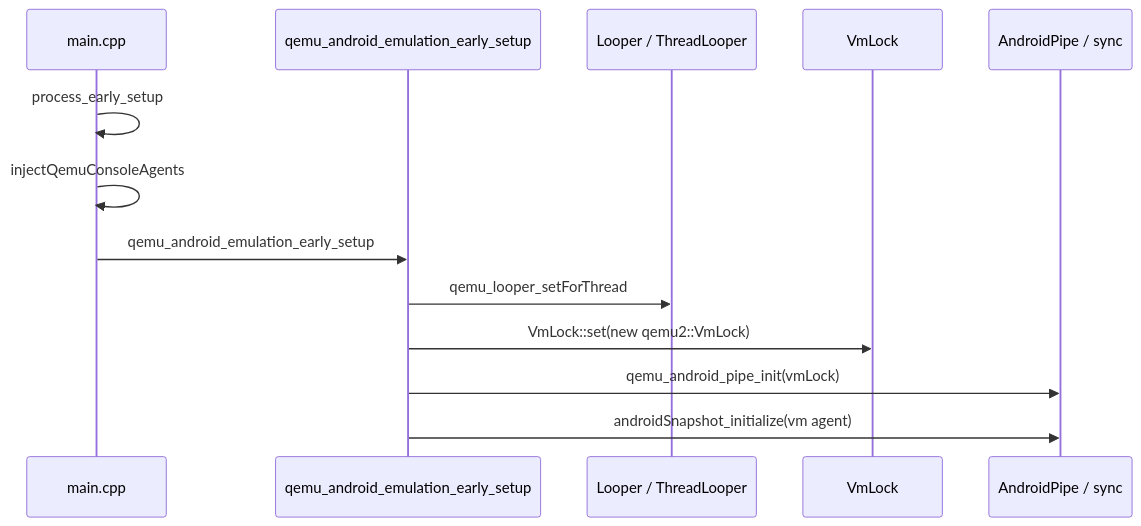
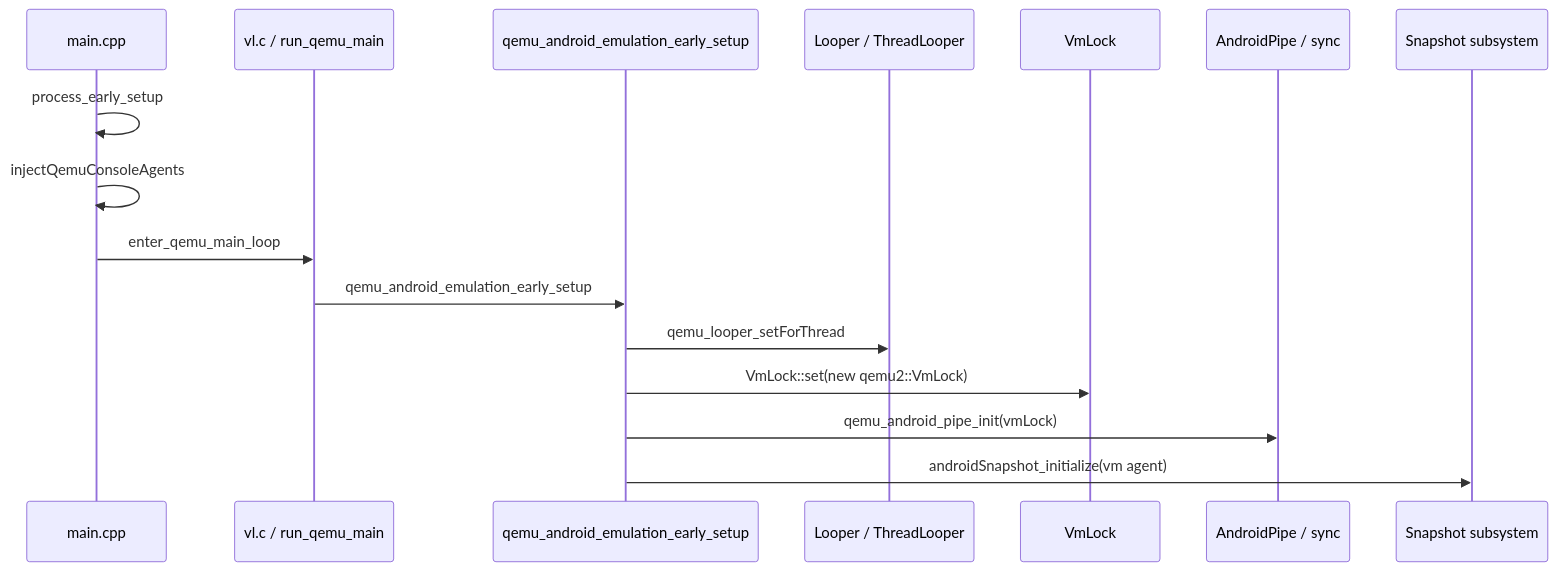
The sixth of 6 diagrams in 07-android-emu-architecture.md (aospbooks/android-emulator-internal-book), drawn with Mermaid before and after one commit. The commit also changed other lines of this file and 31 other files, not shown here.

````diff
--- a/07-android-emu-architecture.md
+++ b/07-android-emu-architecture.md
@@ -448,16 +448,19 @@
 ```mermaid
 sequenceDiagram
     participant Main as main.cpp
+    participant VL as vl.c / run_qemu_main
     participant Setup as qemu_android_emulation_early_setup
     participant TLoop as Looper / ThreadLooper
     participant Lock as VmLock
     participant Pipe as AndroidPipe / sync
+    participant Snap as Snapshot subsystem
 
     Main->>Main: process_early_setup
     Main->>Main: injectQemuConsoleAgents
-    Main->>Setup: qemu_android_emulation_early_setup
+    Main->>VL: enter_qemu_main_loop
+    VL->>Setup: qemu_android_emulation_early_setup
     Setup->>TLoop: qemu_looper_setForThread
     Setup->>Lock: VmLock::set(new qemu2::VmLock)
     Setup->>Pipe: qemu_android_pipe_init(vmLock)
-    Setup->>Pipe: androidSnapshot_initialize(vm agent)
+    Setup->>Snap: androidSnapshot_initialize(vm agent)
 ```
````
